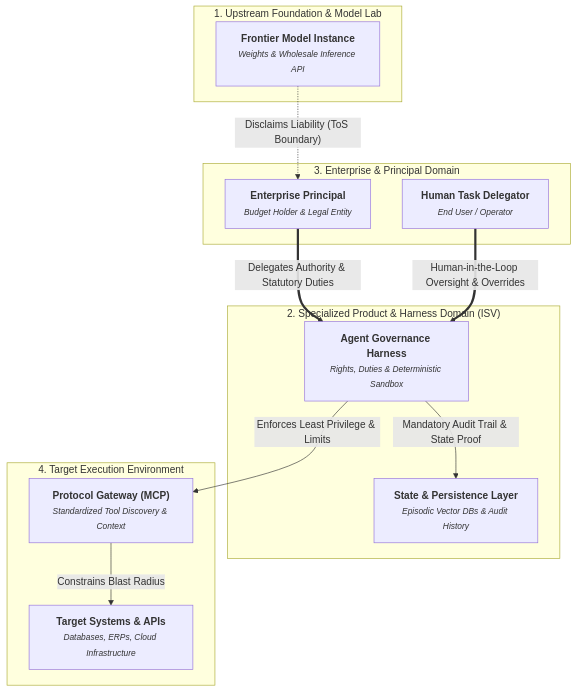
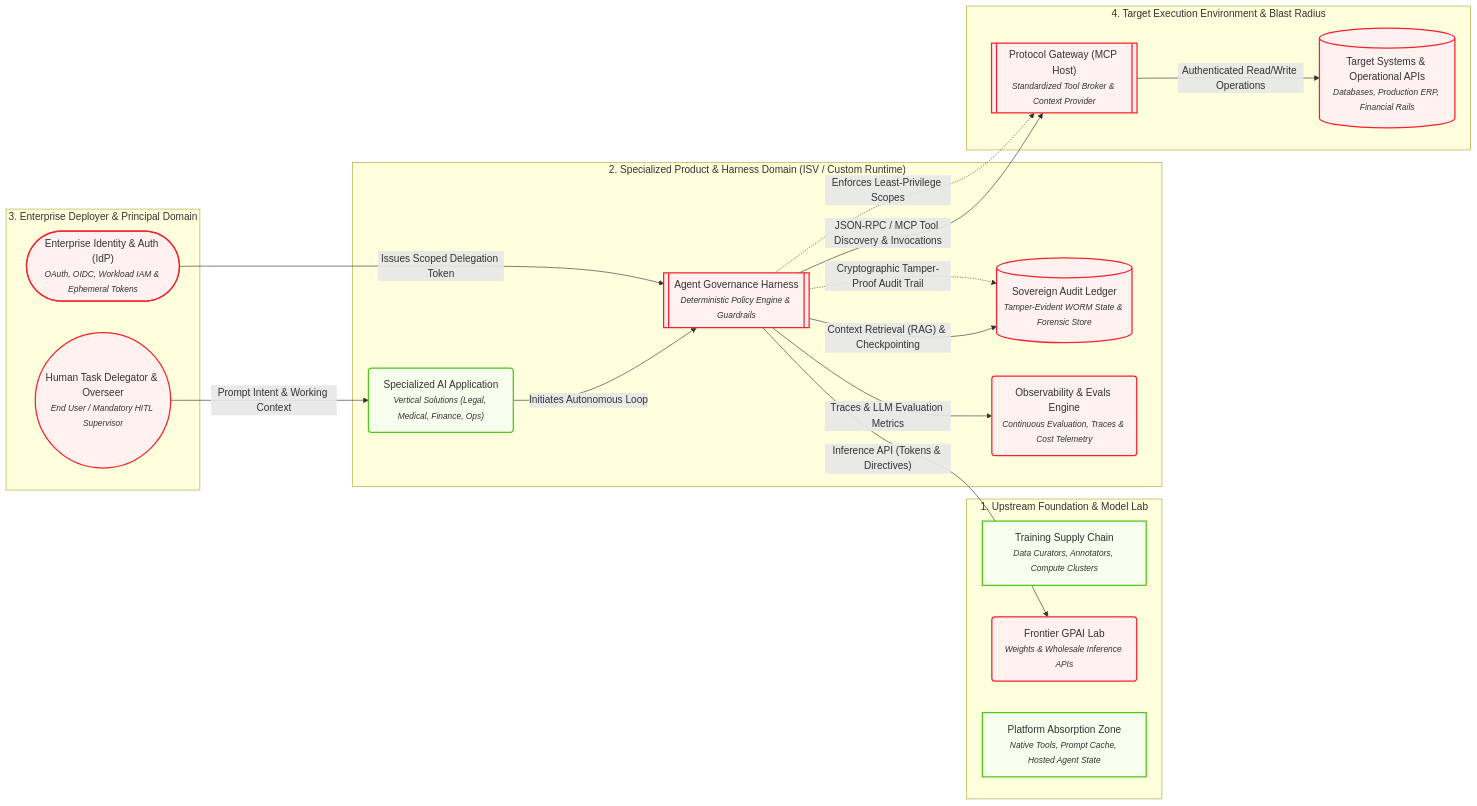
The third of 4 diagrams in docs/ecosystem/index.md (sezoo-digital/ai-ecosystem-model), drawn with Mermaid before and after one commit. The commit also changed other lines of this file and 13 other files, not shown here.

````diff
--- a/docs/ecosystem/index.md
+++ b/docs/ecosystem/index.md
@@ -44,25 +117,41 @@
 ```mermaid
-flowchart TB
+flowchart LR
+    classDef gov fill:#FFF1F0,stroke:#F5222D,stroke-width:2px;
+    classDef econ fill:#F6FFED,stroke:#52C41A,stroke-width:2px;
+    classDef tech fill:#E6F7FF,stroke:#1890FF,stroke-width:2px;
+    classDef default fill:#F8FAFC,stroke:#64748B,stroke-width:1.5px;
+
     subgraph cluster_supply ["1. Upstream Foundation & Model Lab"]
-        N_FRONTIER["<b>Frontier Model Instance</b><br/><small><i>Weights & Wholesale Inference API</i></small>"]
-    end
-    subgraph cluster_product ["2. Specialized Product & Harness Domain (ISV)"]
-        N_HARNESS["<b>Agent Governance Harness</b><br/><small><i>Rights, Duties & Deterministic Sandbox</i></small>"]
-        N_MEMORY["<b>State & Persistence Layer</b><br/><small><i>Episodic Vector DBs & Audit History</i></small>"]
-    end
-    subgraph cluster_client ["3. Enterprise & Principal Domain"]
-        N_ENTERPRISE["<b>Enterprise Principal</b><br/><small><i>Budget Holder & Legal Entity</i></small>"]
-        N_HUMAN_USER["<b>Human Task Delegator</b><br/><small><i>End User / Operator</i></small>"]
-    end
-    subgraph cluster_environment ["4. Target Execution Environment"]
-        N_MCP_HOST["<b>Protocol Gateway (MCP)</b><br/><small><i>Standardized Tool Discovery & Context</i></small>"]
-        N_TARGET_SYS["<b>Target Systems & APIs</b><br/><small><i>Databases, ERPs, Cloud Infrastructure</i></small>"]
+        N_TRAIN["Training Supply Chain<br/><small><i>Data Curators, Annotators, Compute Clusters</i></small>"]:::econ
+        N_FRONTIER("Frontier GPAI Lab<br/><small><i>Weights &amp; Wholesale Inference APIs</i></small>"):::gov
+        N_ABSORBED["Platform Absorption Zone<br/><small><i>Native Tools, Prompt Cache, Hosted Agent State</i></small>"]:::econ
     end
 
-    N_ENTERPRISE == "Delegates Authority & Statutory Duties" ==> N_HARNESS
-    N_HUMAN_USER == "Human-in-the-Loop Oversight & Overrides" ==> N_HARNESS
-    N_FRONTIER -. "Disclaims Liability (ToS Boundary)" .-> N_ENTERPRISE
-    N_HARNESS -->|"Mandatory Audit Trail & State Proof"| N_MEMORY
-    N_HARNESS -->|"Enforces Least Privilege & Limits"| N_MCP_HOST
-    N_MCP_HOST -->|"Constrains Blast Radius"| N_TARGET_SYS
+    subgraph cluster_product ["2. Specialized Product & Harness Domain (ISV / Custom Runtime)"]
+        N_ISV_PRODUCT("Specialized AI Application<br/><small><i>Vertical Solutions (Legal, Medical, Finance, Ops)</i></small>"):::econ
+        N_HARNESS[["Agent Governance Harness<br/><small><i>Deterministic Policy Engine &amp; Guardrails</i></small>"]]:::gov
+        N_AUDIT_STORE[("Sovereign Audit Ledger<br/><small><i>Tamper-Evident WORM State &amp; Forensic Store</i></small>")]:::gov
+        N_OBSERVE("Observability &amp; Evals Engine<br/><small><i>Continuous Evaluation, Traces &amp; Cost Telemetry</i></small>"):::gov
+    end
+
+    subgraph cluster_client ["3. Enterprise Deployer & Principal Domain"]
+        N_IDP(["Enterprise Identity &amp; Auth (IdP)<br/><small><i>OAuth, OIDC, Workload IAM &amp; Ephemeral Tokens</i></small>"]):::gov
+        N_HUMAN_USER(("Human Task Delegator &amp; Overseer<br/><small><i>End User / Mandatory HITL Supervisor</i></small>")):::gov
+    end
+
+    subgraph cluster_environment ["4. Target Execution Environment & Blast Radius"]
+        N_MCP_HOST[["Protocol Gateway (MCP Host)<br/><small><i>Standardized Tool Broker &amp; Context Provider</i></small>"]]:::gov
+        N_TARGET_SYS[("Target Systems &amp; Operational APIs<br/><small><i>Databases, Production ERP, Financial Rails</i></small>")]:::gov
+    end
+
+    N_HARNESS -. "Cryptographic Tamper-Proof Audit Trail" .-> N_AUDIT_STORE
+    N_HARNESS -. "Enforces Least-Privilege Scopes" .-> N_MCP_HOST
+    N_HUMAN_USER -->|"Prompt Intent & Working Context"| N_ISV_PRODUCT
+    N_IDP -->|"Issues Scoped Delegation Token"| N_HARNESS
+    N_ISV_PRODUCT -->|"Initiates Autonomous Loop"| N_HARNESS
+    N_HARNESS -->|"Inference API (Tokens & Directives)"| N_FRONTIER
+    N_HARNESS -->|"Context Retrieval (RAG) & Checkpointing"| N_AUDIT_STORE
+    N_HARNESS -->|"Traces & LLM Evaluation Metrics"| N_OBSERVE
+    N_HARNESS -->|"JSON-RPC / MCP Tool Discovery & Invocations"| N_MCP_HOST
+    N_MCP_HOST -->|"Authenticated Read/Write Operations"| N_TARGET_SYS
 ```
````
